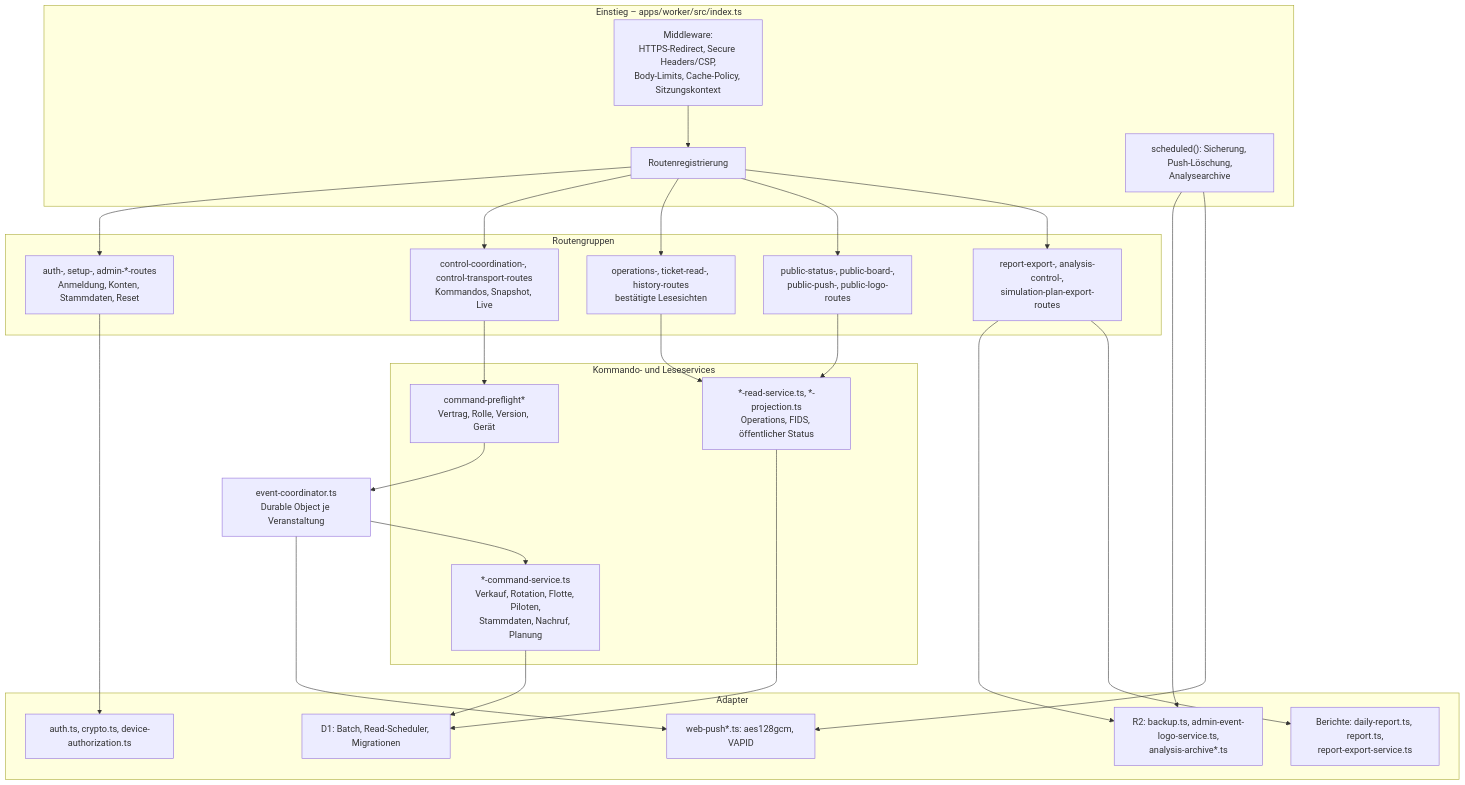
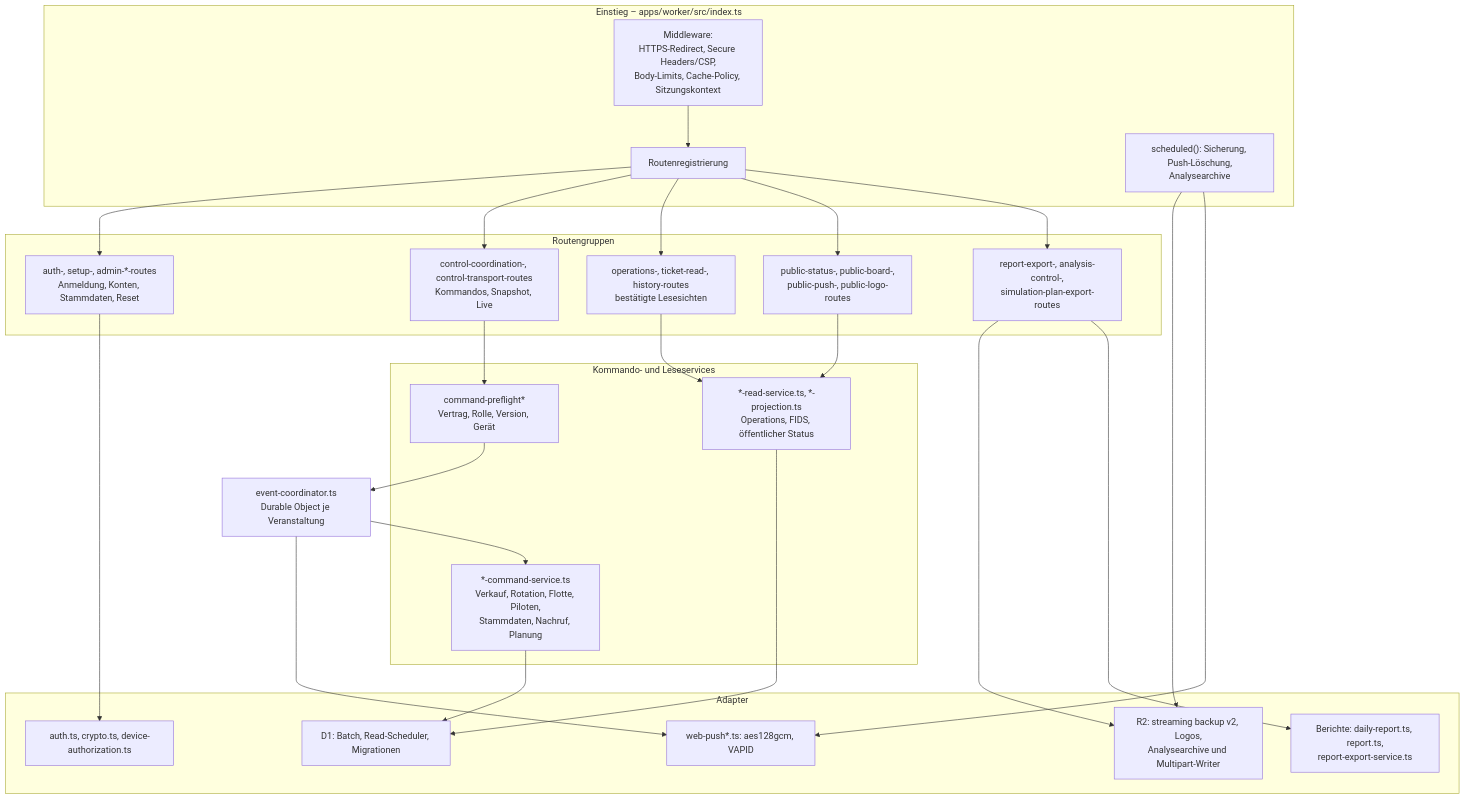
Before and after one commit to aguther/rundflug-leitstand: the second of 4 diagrams in docs/arc42/05-bausteinsicht.md, drawn with Mermaid. The commit also changed other lines of this file and 8 other files, not shown here.

````diff
--- a/docs/arc42/05-bausteinsicht.md
+++ b/docs/arc42/05-bausteinsicht.md
@@ -44,46 +44,46 @@
 ```mermaid
 flowchart TB
     subgraph Entry["Einstieg – apps/worker/src/index.ts"]
         MW["Middleware:<br/>HTTPS-Redirect, Secure Headers/CSP,<br/>Body-Limits, Cache-Policy, Sitzungskontext"]
         ROUTES["Routenregistrierung"]
         CRONH["scheduled(): Sicherung, Push-Löschung,<br/>Analysearchive"]
     end
 
     subgraph RouteGroups["Routengruppen"]
         AUTHR["auth-, setup-, admin-*-routes<br/>Anmeldung, Konten, Stammdaten, Reset"]
         CTRL["control-coordination-, control-transport-routes<br/>Kommandos, Snapshot, Live"]
         OPS["operations-, ticket-read-, history-routes<br/>bestätigte Lesesichten"]
         PUB["public-status-, public-board-,<br/>public-push-, public-logo-routes"]
         EXP["report-export-, analysis-control-,<br/>simulation-plan-export-routes"]
     end
 
     subgraph Services["Kommando- und Leseservices"]
         CMD["*-command-service.ts<br/>Verkauf, Rotation, Flotte, Piloten,<br/>Stammdaten, Nachruf, Planung"]
         READ["*-read-service.ts, *-projection.ts<br/>Operations, FIDS, öffentlicher Status"]
         PRE["command-preflight*<br/>Vertrag, Rolle, Version, Gerät"]
     end
 
     DO["event-coordinator.ts<br/>Durable Object je Veranstaltung"]
 
     subgraph Adapters["Adapter"]
         D1A["D1: Batch, Read-Scheduler, Migrationen"]
-        R2A["R2: backup.ts, admin-event-logo-service.ts,<br/>analysis-archive*.ts"]
+        R2A["R2: streaming backup v2, Logos,<br/>Analysearchive und Multipart-Writer"]
         REPORT["Berichte: daily-report.ts, report.ts,<br/>report-export-service.ts"]
         PUSHA["web-push*.ts: aes128gcm, VAPID"]
         AUTHA["auth.ts, crypto.ts, device-authorization.ts"]
     end
 
     MW --> ROUTES
     ROUTES --> AUTHR & CTRL & OPS & PUB & EXP
     CTRL --> PRE --> DO
     DO --> CMD
     CMD --> D1A
     OPS --> READ --> D1A
     PUB --> READ
     EXP --> R2A
     EXP --> REPORT
     CRONH --> R2A
     CRONH --> PUSHA
     DO --> PUSHA
     AUTHR --> AUTHA
 ```
````
